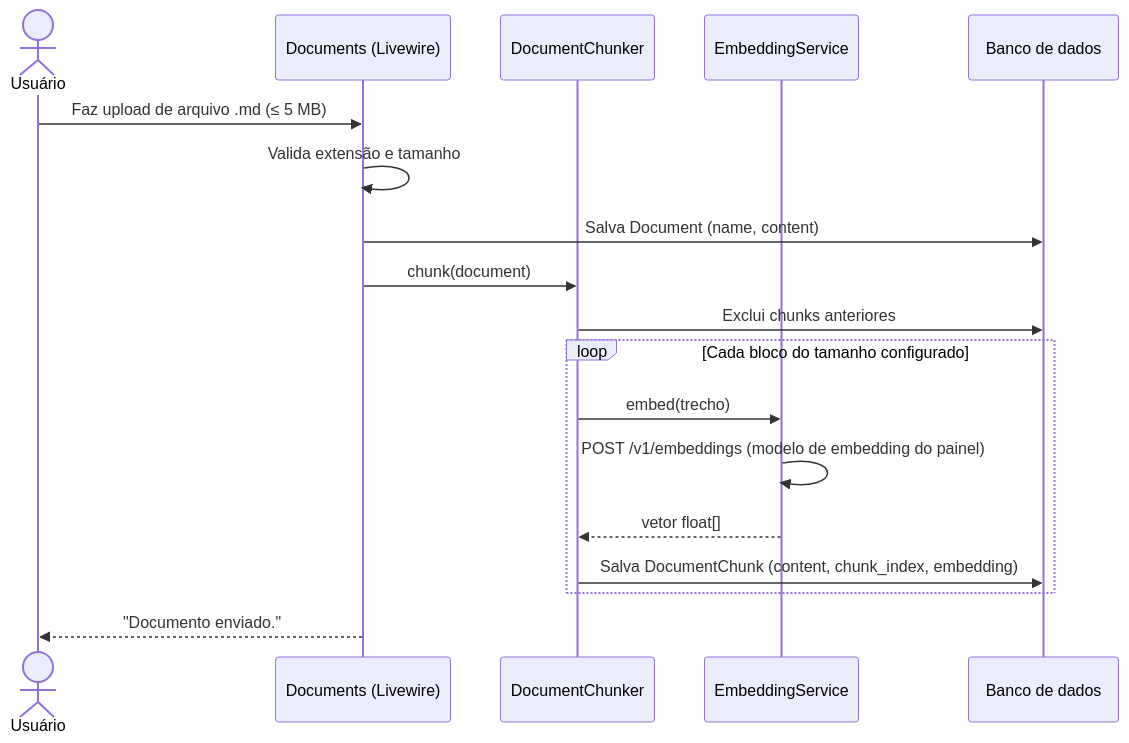
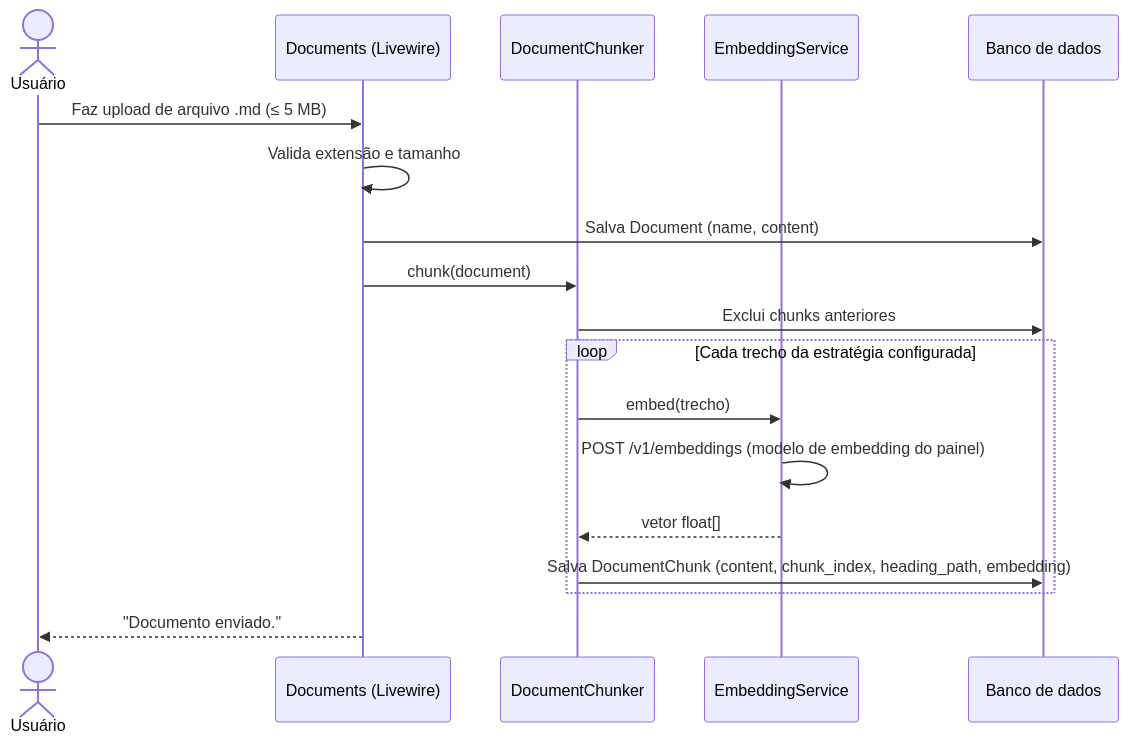
The first of 5 diagrams in docs/rag.md (Fredrumond/pm_helper), drawn with Mermaid before and after one commit. The commit also changed other lines of this file and 23 other files, not shown here.

````diff
--- a/docs/rag.md
+++ b/docs/rag.md
@@ -33,21 +33,21 @@
 ```mermaid
 sequenceDiagram
     actor U as Usuário
     participant D as Documents (Livewire)
     participant Ch as DocumentChunker
     participant E as EmbeddingService
     participant DB as Banco de dados
 
     U->>D: Faz upload de arquivo .md (≤ 5 MB)
     D->>D: Valida extensão e tamanho
     D->>DB: Salva Document (name, content)
     D->>Ch: chunk(document)
     Ch->>DB: Exclui chunks anteriores
-    loop Cada bloco do tamanho configurado
+    loop Cada trecho da estratégia configurada
         Ch->>E: embed(trecho)
         E->>E: POST /v1/embeddings (modelo de embedding do painel)
         E-->>Ch: vetor float[]
-        Ch->>DB: Salva DocumentChunk (content, chunk_index, embedding)
+        Ch->>DB: Salva DocumentChunk (content, chunk_index, heading_path, embedding)
     end
     D-->>U: "Documento enviado."
 ```
````
